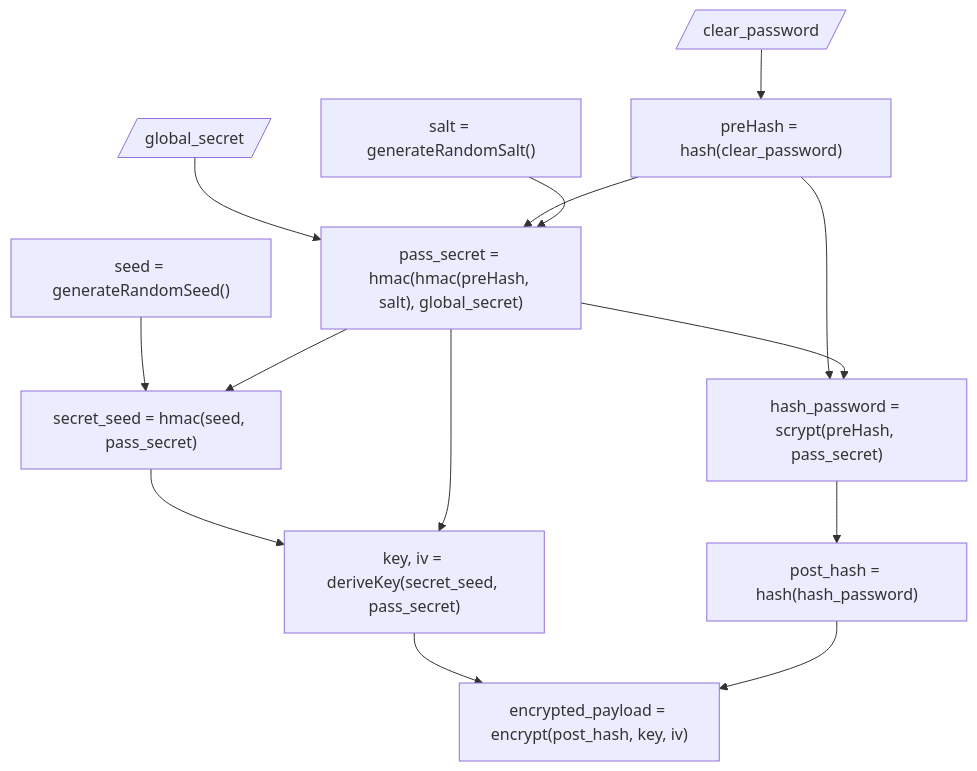
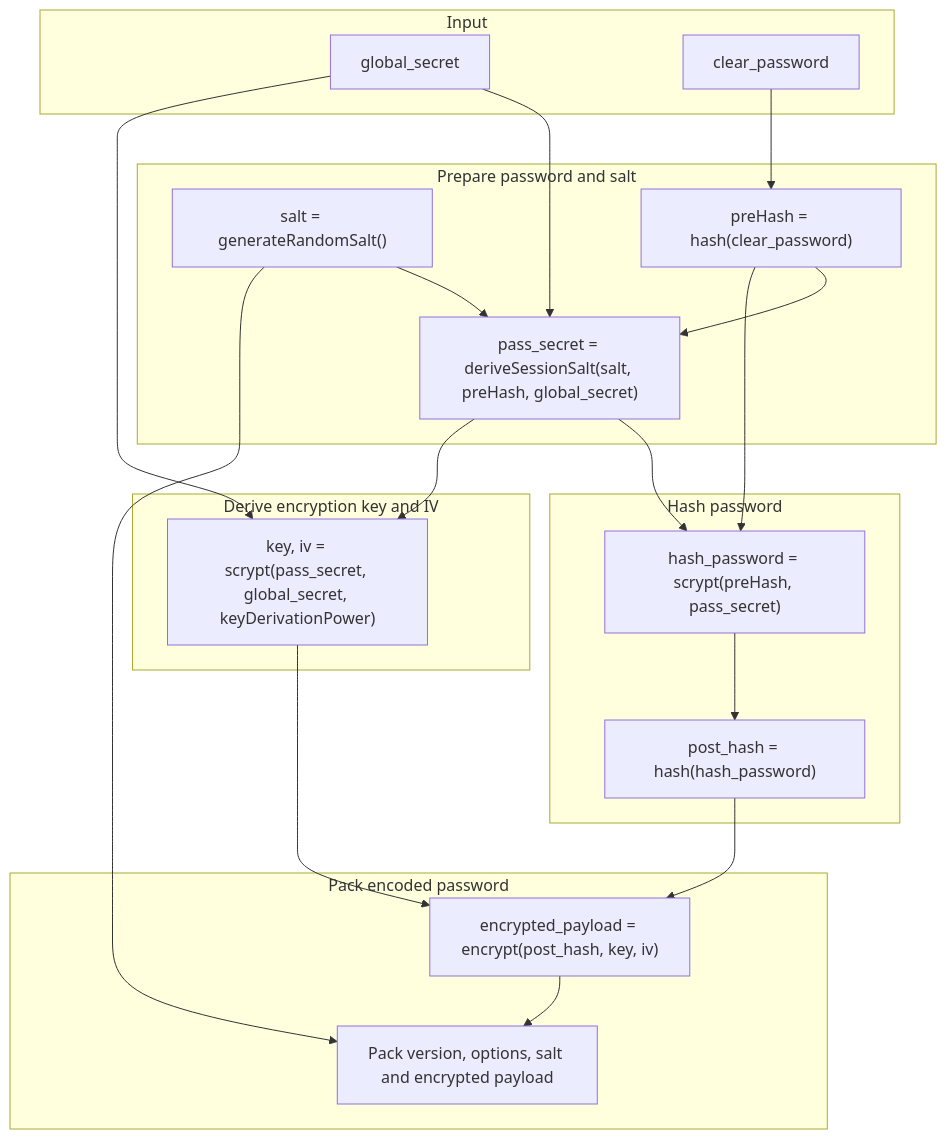
Before and after one commit to expass/expass: the diagram in packages/docs/docs/intro.md, drawn with Mermaid. The commit also changed other lines of this file and 10 other files, not shown here.

````diff
--- a/packages/docs/docs/intro.md
+++ b/packages/docs/docs/intro.md
@@ -49,41 +98,49 @@
 ```mermaid
 graph TB
-    SECRET[/global_secret/]
-    CLEAR_PASSWORD[/clear_password/]
-    PASS_SECRET["pass_secret = hmac(hmac(preHash, salt), global_secret)"]
-    
-    C_SEED["seed = generateRandomSeed()"]
-    C_SECRET_SEED["secret_seed = hmac(seed, pass_secret)"]
-    C_KEY["key, iv = deriveKey(secret_seed, pass_secret)"]
 
-    R["encrypted_payload = encrypt(post_hash, key, iv)"]
+    subgraph Input
+        SECRET[global_secret]
+        CLEAR_PASSWORD[clear_password]
+    end
 
-    Sa["salt = generateRandomSalt()"]
-    
-    Ha["preHash = hash(clear_password)"]
+    subgraph Keys["Derive encryption key and IV"]
+        C_KEY["key, iv = scrypt(pass_secret, global_secret, keyDerivationPower)"]
+    end
 
-    Ea["hash_password = scrypt(preHash, pass_secret)"]
+    subgraph Prepare["Prepare password and salt"]
+        Sa["salt = generateRandomSalt()"]
+        Ha["preHash = hash(clear_password)"]
+        PASS_SECRET["pass_secret = deriveSessionSalt(salt, preHash, global_secret)"]
+    end
 
-    Hb["post_hash = hash(hash_password)"]
+    subgraph Hash["Hash password"]
+        Ea["hash_password = scrypt(preHash, pass_secret)"]
+        Hb["post_hash = hash(hash_password)"]
+    end
+
+    subgraph Pack["Pack encoded password"]
+        R["encrypted_payload = encrypt(post_hash, key, iv)"]
+        P["Pack version, options, salt and encrypted payload"]
+    end
 
     CLEAR_PASSWORD --> Ha
 
     SECRET --> PASS_SECRET
     Ha --> PASS_SECRET
     Sa --> PASS_SECRET
 
     Ha --> Ea
     PASS_SECRET --> Ea
 
     Ea --> Hb
 
-    C_SEED --> C_SECRET_SEED
-    PASS_SECRET --> C_SECRET_SEED
-
-    C_SECRET_SEED --> C_KEY
+    SECRET --> C_KEY
     PASS_SECRET --> C_KEY
 
     C_KEY --> R
     Hb --> R
 
+    Sa --> P
+    R --> P
+
 ```
````
